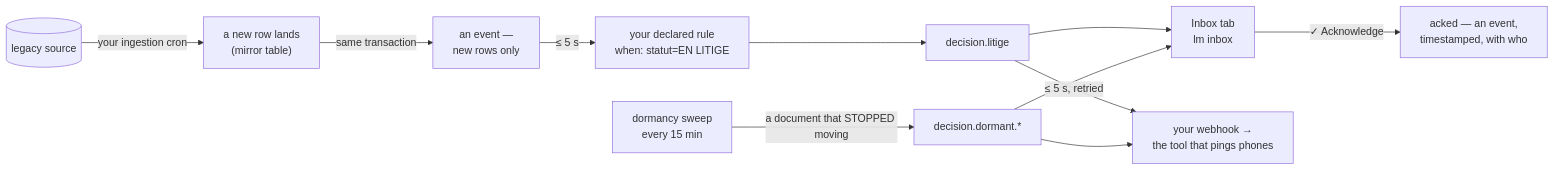
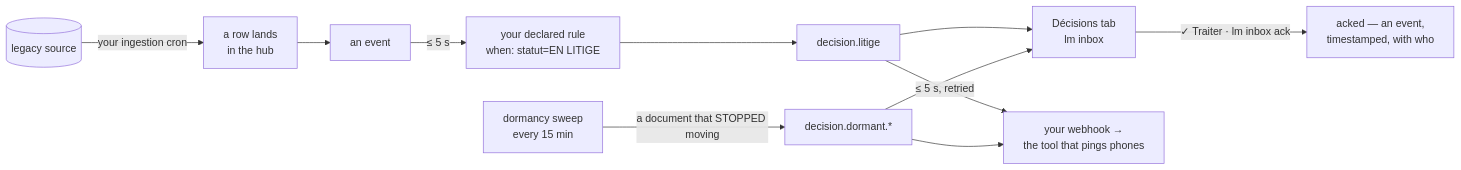
Before and after one commit to icreated/lumnik-open: the diagram in docs/respiration.md, drawn with Mermaid. The commit also changed other lines of this file and 353 other files, not shown here.

````diff
--- a/docs/respiration.md
+++ b/docs/respiration.md
@@ -15,13 +15,13 @@
 ```mermaid
 flowchart LR
-  erp[("legacy source")] -->|"your ingestion cron"| row["a new row lands<br/>(mirror table)"]
-  row -->|"same transaction"| ev["an event —<br/>new rows only"]
+  erp[("legacy source")] -->|"your ingestion cron"| row["a row lands<br/>in the hub"]
+  row --> ev["an event"]
   ev -->|"≤ 5 s"| proc["your declared rule<br/>when: statut=EN LITIGE"]
   proc --> dec["decision.litige"]
-  dec --> inbox["Inbox tab<br/>lm inbox"]
+  dec --> inbox["Décisions tab<br/>lm inbox"]
   dec -->|"≤ 5 s, retried"| hook["your webhook →<br/>the tool that pings phones"]
   sweep["dormancy sweep<br/>every 15 min"] -->|"a document that STOPPED moving"| dec2["decision.dormant.*"]
   dec2 --> inbox
   dec2 --> hook
-  inbox -->|"✓ Acknowledge"| ack["acked — an event,<br/>timestamped, with who"]
+  inbox -->|"✓ Traiter · lm inbox ack"| ack["acked — an event,<br/>timestamped, with who"]
 ```
````
